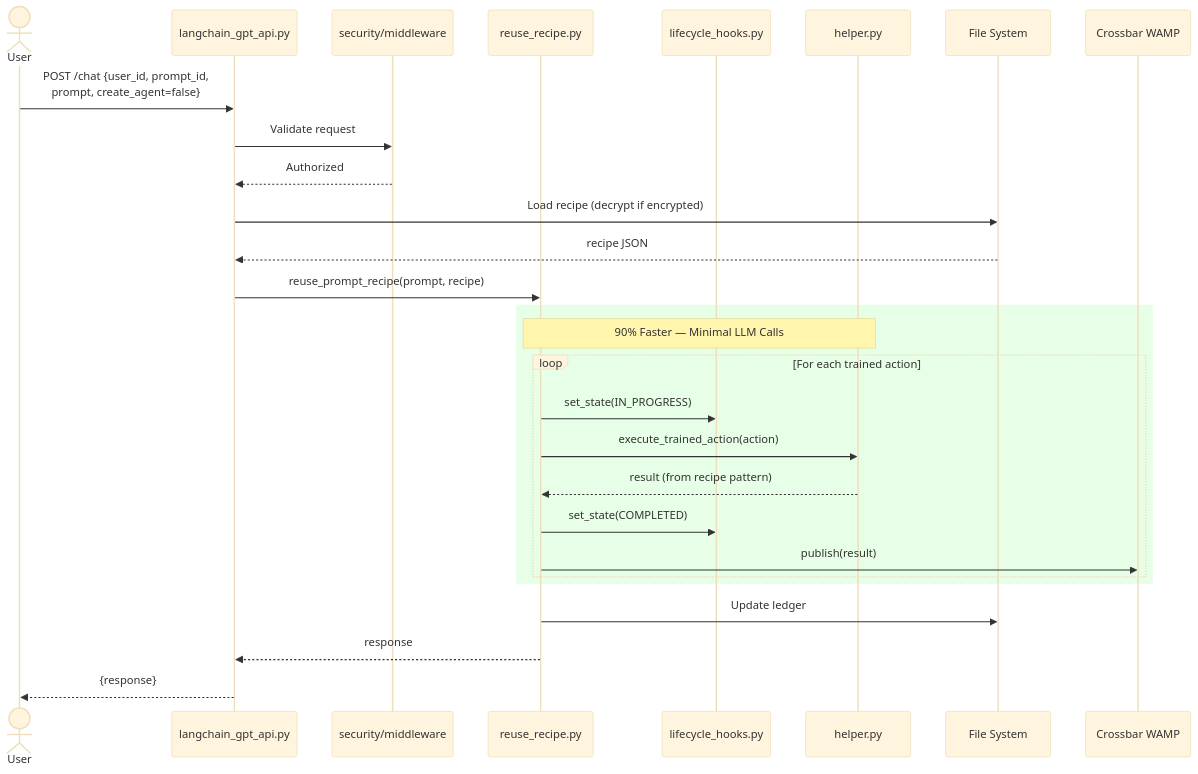
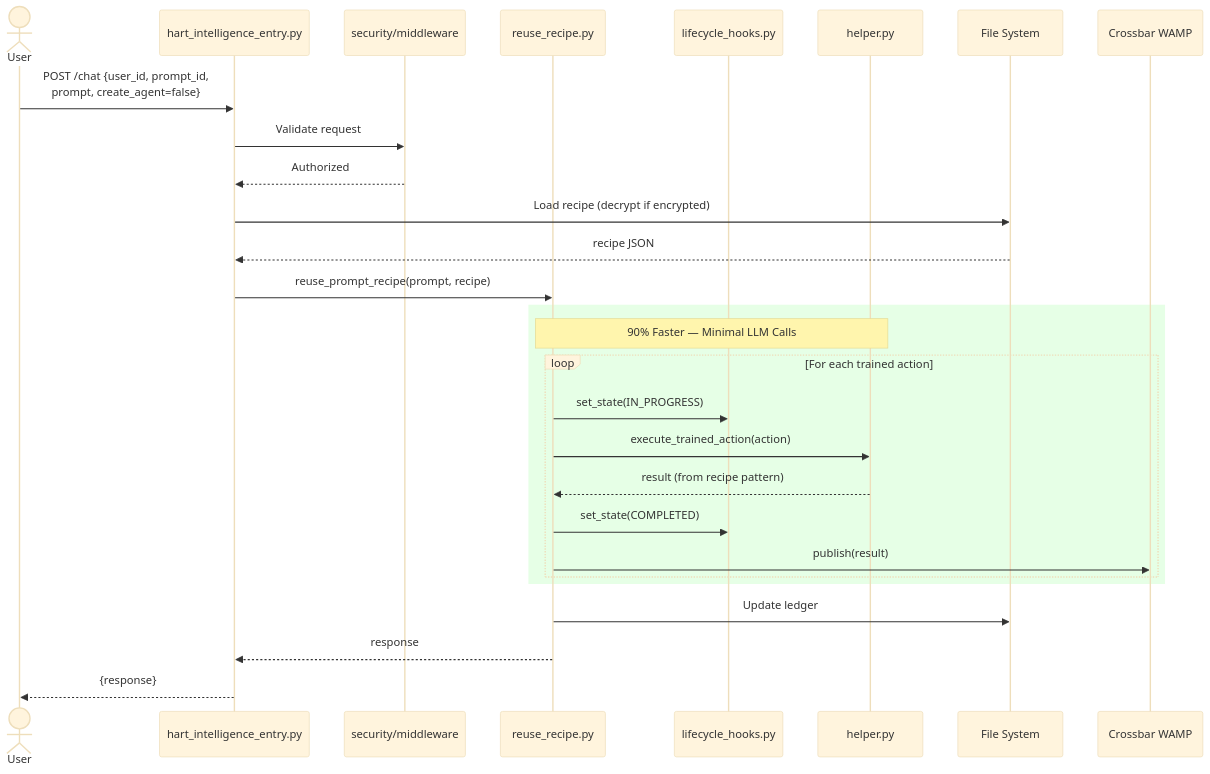
One commit to hertz-ai/HARTOS changed the fourth of 8 diagrams in docs/architecture/ARCHITECTURE_DIAGRAMS.md. Above: the diagram before and after it, drawn with Mermaid (base theme). The commit also changed other lines of this file and 87 other files, not shown here.

Commit message:
hart Intelligence refactor

````diff
--- a/docs/architecture/ARCHITECTURE_DIAGRAMS.md
+++ b/docs/architecture/ARCHITECTURE_DIAGRAMS.md
@@ -327,35 +327,35 @@
 ```mermaid
 sequenceDiagram
     actor User
-    participant Flask as langchain_gpt_api.py
+    participant Flask as hart_intelligence_entry.py
     participant Sec as security/middleware
     participant RR as reuse_recipe.py
     participant LH as lifecycle_hooks.py
     participant HP as helper.py
     participant FS as File System
     participant CB as Crossbar WAMP
 
     User->>Flask: POST /chat {user_id, prompt_id,<br/>prompt, create_agent=false}
     Flask->>Sec: Validate request
     Sec-->>Flask: Authorized
 
     Flask->>FS: Load recipe (decrypt if encrypted)
     FS-->>Flask: recipe JSON
 
     Flask->>RR: reuse_prompt_recipe(prompt, recipe)
 
     rect rgb(230, 255, 230)
         Note over RR,HP: 90% Faster — Minimal LLM Calls
         loop For each trained action
             RR->>LH: set_state(IN_PROGRESS)
             RR->>HP: execute_trained_action(action)
             HP-->>RR: result (from recipe pattern)
             RR->>LH: set_state(COMPLETED)
             RR->>CB: publish(result)
         end
     end
 
     RR->>FS: Update ledger
     RR-->>Flask: response
     Flask-->>User: {response}
 ```
````
